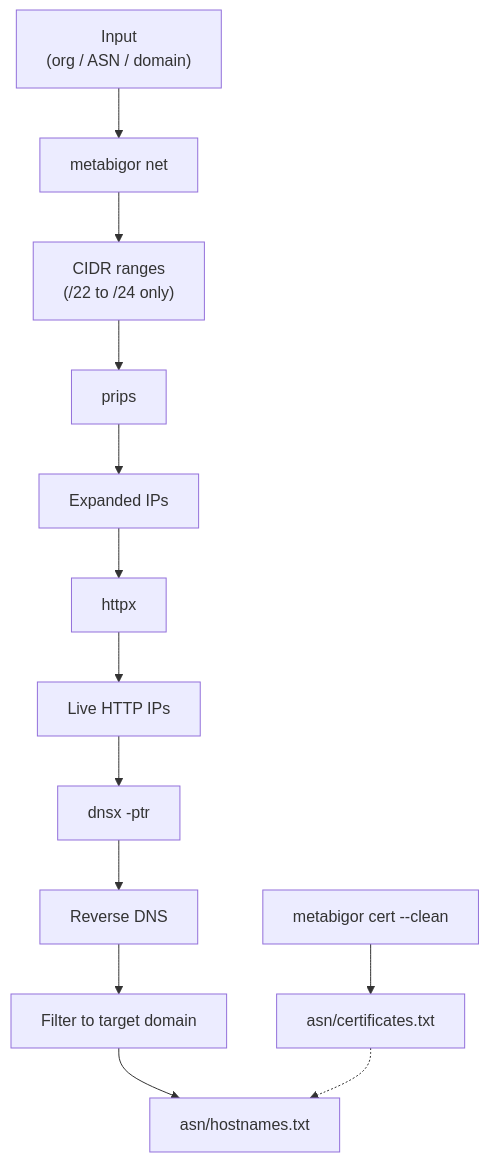
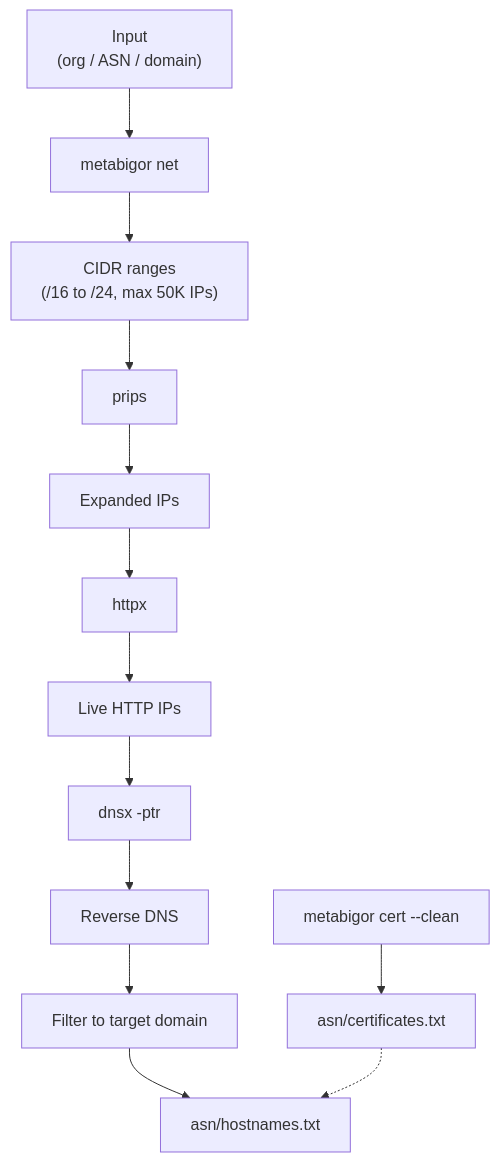
The fourth of 4 diagrams in README.md (manojxshrestha/subenum), drawn with Mermaid before and after one commit. The commit also changed other lines of this file and 1 other file, not shown here.

Commit message:
Fix ASN CIDR range: widen to /16-/24, add 50K IP cap, update README

````diff
--- a/README.md
+++ b/README.md
@@ -352,16 +352,16 @@
 ```mermaid
 graph TD
     A["Input<br/>(org / ASN / domain)"] --> B["metabigor net"]
-    B --> C["CIDR ranges<br/>(/22 to /24 only)"]
+    B --> C["CIDR ranges<br/>(/16 to /24, max 50K IPs)"]
     C --> D["prips"]
     D --> E["Expanded IPs"]
     E --> F["httpx"]
     F --> G["Live HTTP IPs"]
     G --> H["dnsx -ptr"]
     H --> I["Reverse DNS"]
     I --> J["Filter to target domain"]
     J --> K["asn/hostnames.txt"]
 
     L["metabigor cert --clean"] --> M["asn/certificates.txt"]
     M -.-> K
 ```
````
